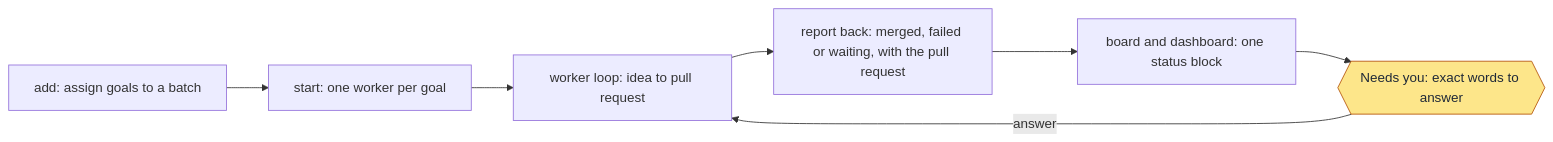
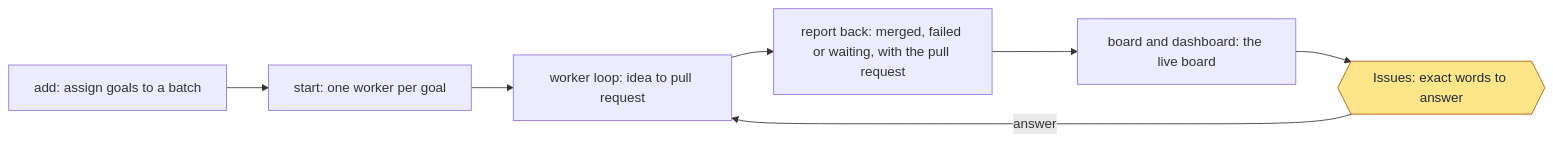
Before and after one commit to jcl2018/agent-workflow-template: the first of 17 diagrams in skills/workflow-monitoring/references/commands.md, drawn with Mermaid. The commit also changed other lines of this file and 31 other files, not shown here.

Commit message:
live-board: replace the status block with the live board (MON-4, MON-5)

````diff
--- a/skills/workflow-monitoring/references/commands.md
+++ b/skills/workflow-monitoring/references/commands.md
@@ -45,17 +45,17 @@
 ```mermaid
 flowchart LR
   a["add: assign goals to a batch"]
   b["start: one worker per goal"]
   c["worker loop: idea to pull request"]
   d["report back: merged, failed or waiting, with the pull request"]
-  e["board and dashboard: one status block"]
-  f{{"Needs you: exact words to answer"}}
+  e["board and dashboard: the live board"]
+  f{{"Issues: exact words to answer"}}
   a --> b
   b --> c
   c --> d
   d --> e
   e --> f
   f -->|answer| c
   classDef owner fill:#fde68a,stroke:#b45309,color:#1f2937
   class f owner
 ```
````
